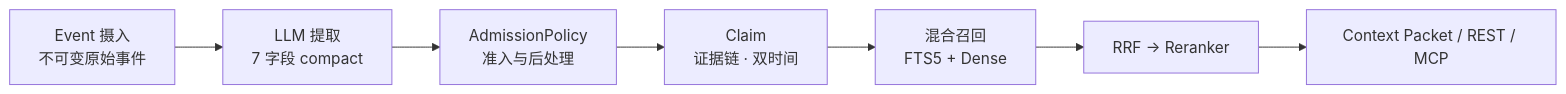
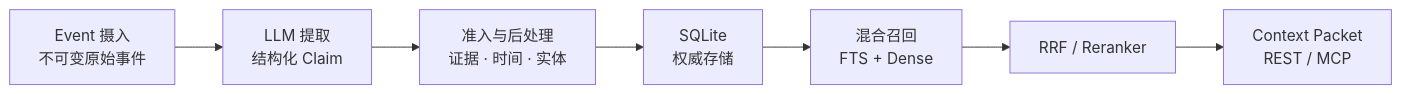
The diagram in README.md (lohr13/hl_mem), drawn with Mermaid before and after one commit. The commit also changed other lines of this file and 10 other files, not shown here.

````diff
--- a/README.md
+++ b/README.md
@@ -20,9 +22,9 @@
 ```mermaid
 flowchart LR
-    A["Event 摄入<br/>不可变原始事件"] --> B["LLM 提取<br/>7 字段 compact"]
-    B --> C["AdmissionPolicy<br/>准入与后处理"]
-    C --> D["Claim<br/>证据链 · 双时间"]
-    D --> E["混合召回<br/>FTS5 + Dense"]
-    E --> F["RRF → Reranker"]
-    F --> G["Context Packet / REST / MCP"]
+    A["Event 摄入<br/>不可变原始事件"] --> B["LLM 提取<br/>结构化 Claim"]
+    B --> C["准入与后处理<br/>证据 · 时间 · 实体"]
+    C --> D["SQLite<br/>权威存储"]
+    D --> E["混合召回<br/>FTS + Dense"]
+    E --> F["RRF / Reranker"]
+    F --> G["Context Packet<br/>REST / MCP"]
 ```
````
